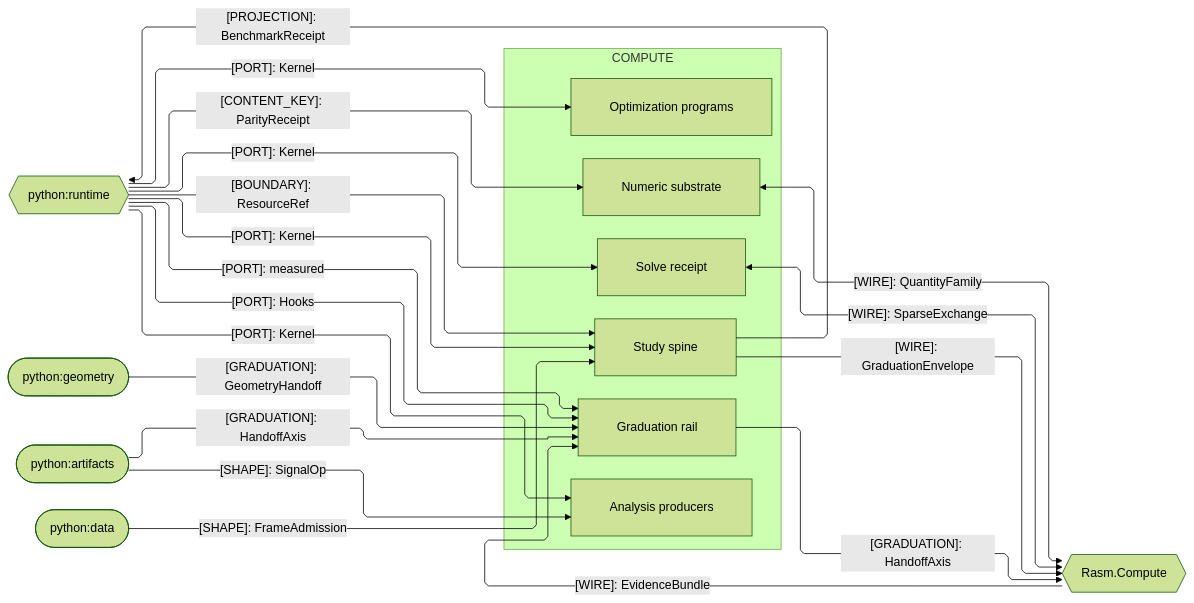
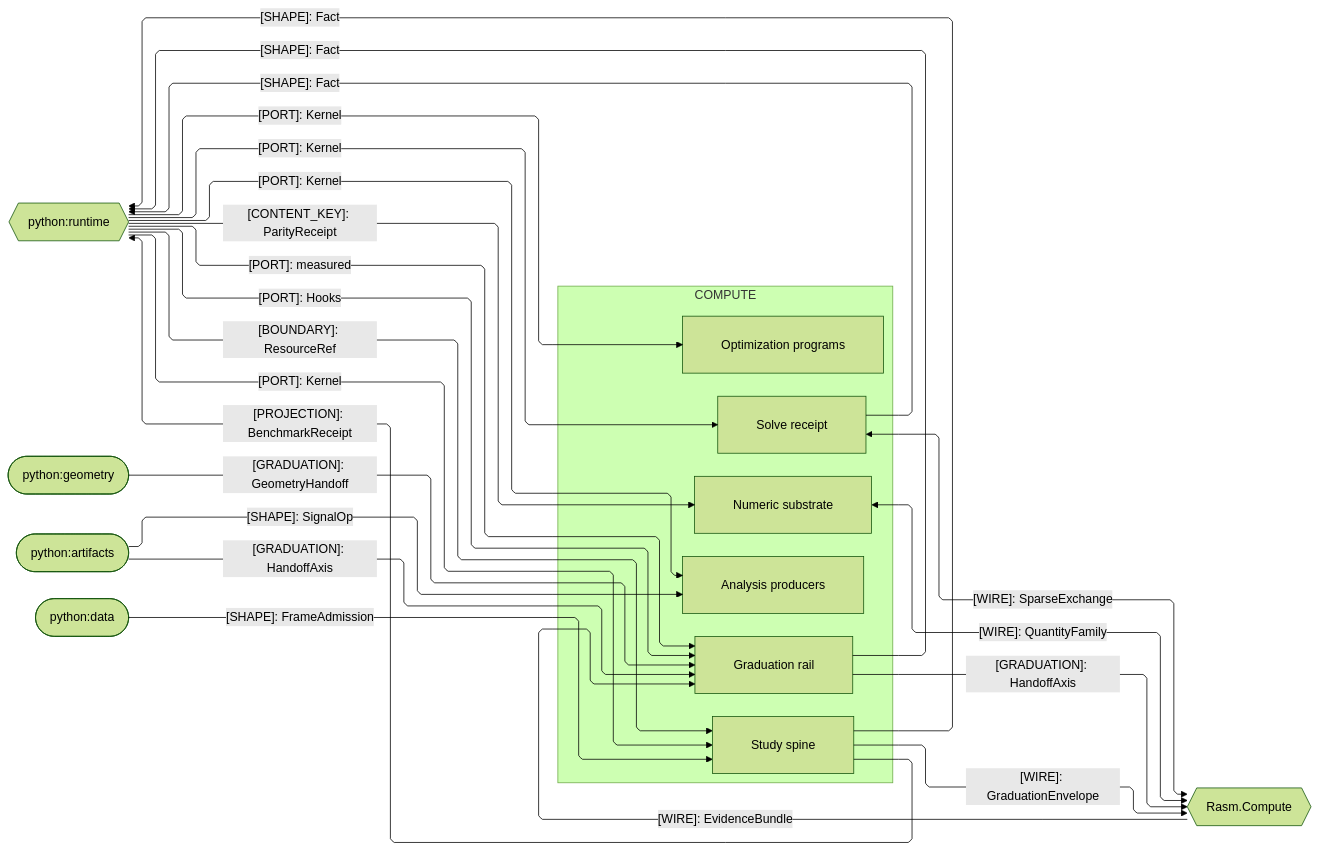
The second of 3 diagrams in libs/python/compute/ARCHITECTURE.md (bsamiee/Rasm), drawn with Mermaid (forest theme) before and after one commit. The commit also changed other lines of this file and 168 other files, not shown here.

````diff
--- a/libs/python/compute/ARCHITECTURE.md
+++ b/libs/python/compute/ARCHITECTURE.md
@@ -97,43 +97,46 @@
 ```mermaid
 ---
 config:
   layout: elk
   flowchart:
     curve: linear
     padding: 25
 ---
 flowchart LR
     accTitle: Compute package seam registry
     accDescr: Compute sub-domain owners exchanging graduation evidence, quantities, content keys, and the Kernel port with peers.
     subgraph compute[COMPUTE]
         Graduation[Graduation rail]
         Solvers[Solve receipt]
         Numerics[Numeric substrate]
         Experiments[Study spine]
         Analysis[Analysis producers]
         Optimization[Optimization programs]
     end
     Compute{{Rasm.Compute}}
     Runtime{{python:runtime}}
     Geometry([python:geometry])
     Artifacts([python:artifacts])
     Data([python:data])
     Graduation e1@-->|"[GRADUATION]: HandoffAxis"| Compute
     Compute e2@-->|"[WIRE]: EvidenceBundle"| Graduation
     Experiments e18@-->|"[WIRE]: GraduationEnvelope"| Compute
     Solvers e19@<-->|"[WIRE]: SparseExchange"| Compute
     Numerics e4@<-->|"[WIRE]: QuantityFamily"| Compute
     Geometry e5@-->|"[GRADUATION]: GeometryHandoff"| Graduation
     Artifacts e6@-->|"[GRADUATION]: HandoffAxis"| Graduation
     Artifacts e7@-->|"[SHAPE]: SignalOp"| Analysis
     Runtime e8@-->|"[CONTENT_KEY]: ParityReceipt"| Numerics
     Runtime e9@-->|"[BOUNDARY]: ResourceRef"| Experiments
     Data e10@-->|"[SHAPE]: FrameAdmission"| Experiments
     Experiments e17@-->|"[PROJECTION]: BenchmarkReceipt"| Runtime
+    Graduation e20@-->|"[SHAPE]: Fact"| Runtime
+    Experiments e21@-->|"[SHAPE]: Fact"| Runtime
+    Solvers e22@-->|"[SHAPE]: Fact"| Runtime
     Runtime e11@-->|"[PORT]: Kernel"| Solvers
     Runtime e12@-->|"[PORT]: measured"| Graduation
     Runtime e16@-->|"[PORT]: Hooks"| Graduation
     Runtime e13@-->|"[PORT]: Kernel"| Experiments
     Runtime e14@-->|"[PORT]: Kernel"| Analysis
     Runtime e15@-->|"[PORT]: Kernel"| Optimization
 ```
````
